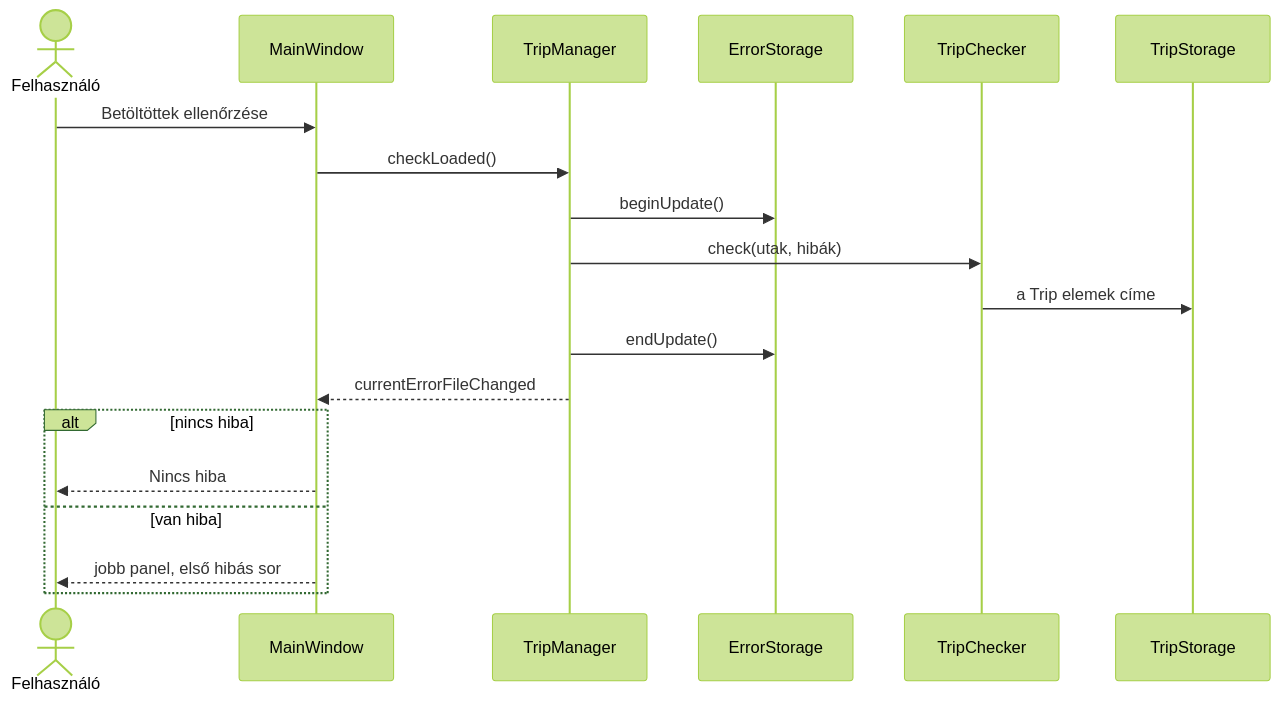
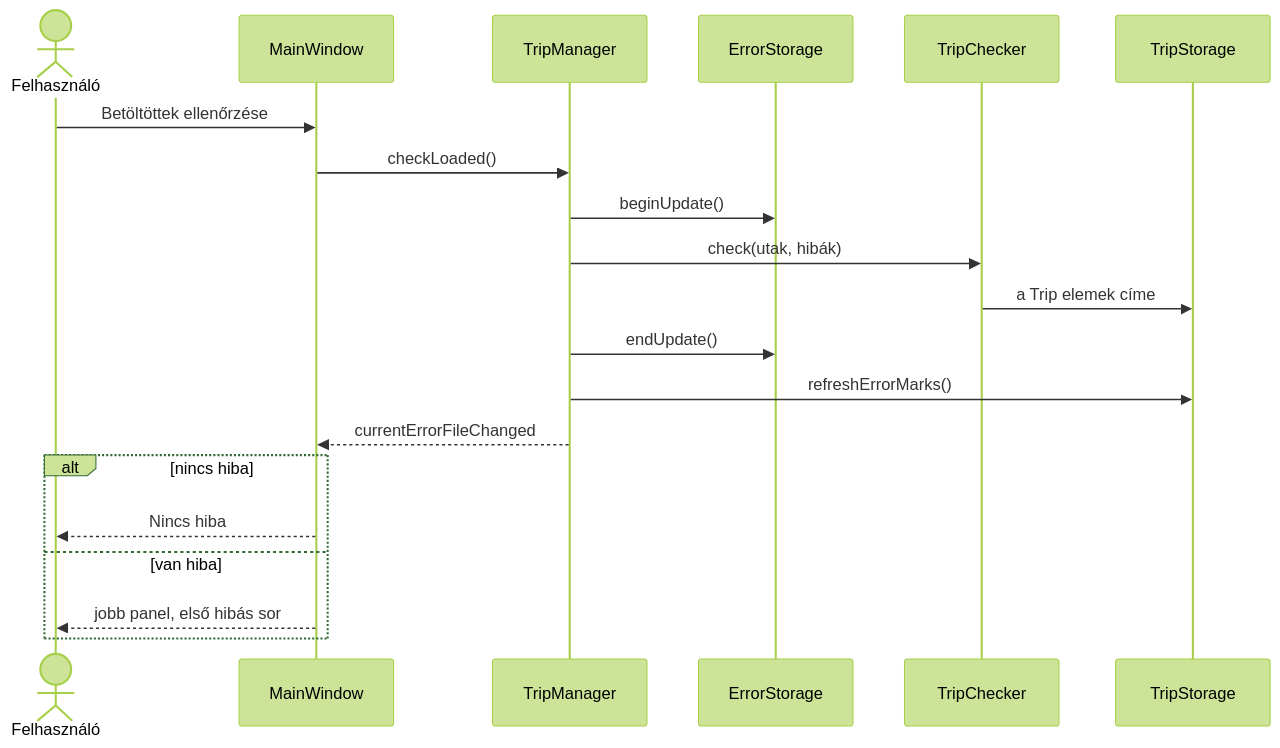
Before and after one commit to vajdaakos/KikuldetesiRendelvenyEllenorzo: the fourth of 6 diagrams in DEVELOP.md, drawn with Mermaid (forest theme). The commit also changed other lines of this file and 11 other files, not shown here.

````diff
--- a/DEVELOP.md
+++ b/DEVELOP.md
@@ -191,22 +192,23 @@
 ```mermaid
 sequenceDiagram
     actor Felhasználó
     participant Ablak as MainWindow
     participant Manager as TripManager
     participant Hibák as ErrorStorage
     participant Ellenőrző as TripChecker
     participant Utak as TripStorage
 
     Felhasználó->>Ablak: Betöltöttek ellenőrzése
     Ablak->>Manager: checkLoaded()
     Manager->>Hibák: beginUpdate()
     Manager->>Ellenőrző: check(utak, hibák)
     Ellenőrző->>Utak: a Trip elemek címe
     Manager->>Hibák: endUpdate()
+    Manager->>Utak: refreshErrorMarks()
     Manager-->>Ablak: currentErrorFileChanged
     alt nincs hiba
         Ablak-->>Felhasználó: Nincs hiba
     else van hiba
         Ablak-->>Felhasználó: jobb panel, első hibás sor
     end
 ```
````
